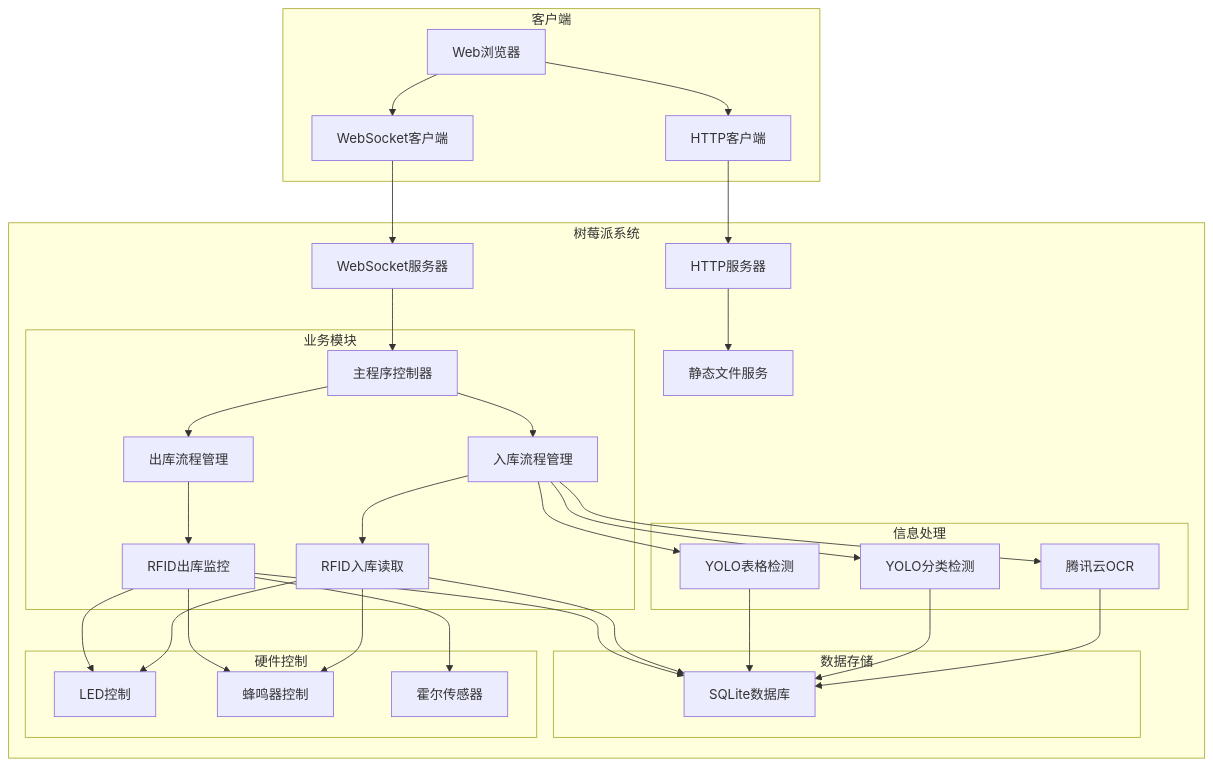
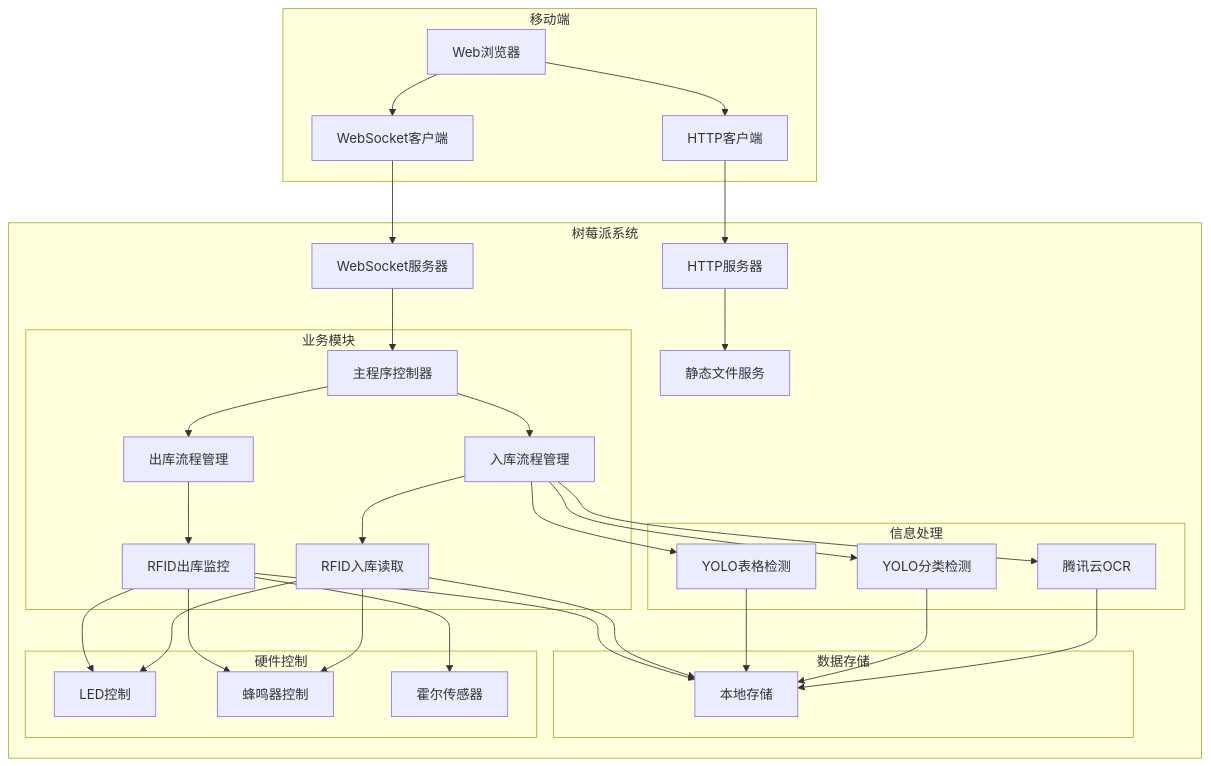
Before and after one commit to spacinnnng/smart-food-cabinet: the first of 3 diagrams in README.md, drawn with Mermaid. The commit also changed other lines of this file, not shown here.

````diff
--- a/README.md
+++ b/README.md
@@ -53,43 +41,43 @@
 ```mermaid
 graph TB
-    subgraph "客户端"
+    subgraph "移动端"
         A[Web浏览器] --> B[WebSocket客户端]
         A --> C[HTTP客户端]
     end
     
     subgraph "树莓派系统"
         B --> D[WebSocket服务器]
         C --> E[HTTP服务器]
         D --> F[主程序控制器]
         E --> G[静态文件服务]
         
         subgraph "业务模块"
             F --> H[入库流程管理]
             F --> I[出库流程管理]
             H --> J[RFID入库读取]
             I --> K[RFID出库监控]
         end
         
         subgraph "信息处理"
             H --> L[腾讯云OCR]
             H --> M[YOLO分类检测]
             H --> N[YOLO表格检测]
         end
         
         subgraph "数据存储"
-            L --> P[SQLite数据库]
+            L --> P[本地存储]
             M --> P
             N --> P
             J --> P
             K --> P
         end
         
         subgraph "硬件控制"
             J --> Q[LED控制]
             J --> R[蜂鸣器控制]
             K --> Q
             K --> R
             K --> S[霍尔传感器]
         end
     end
 ```
````
